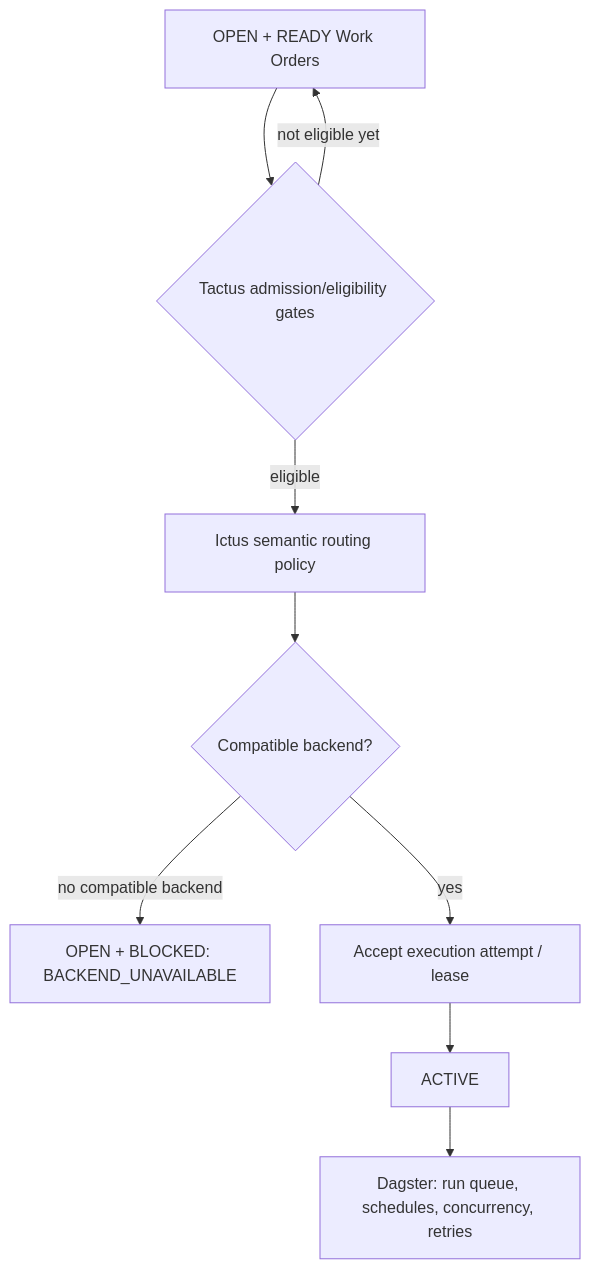
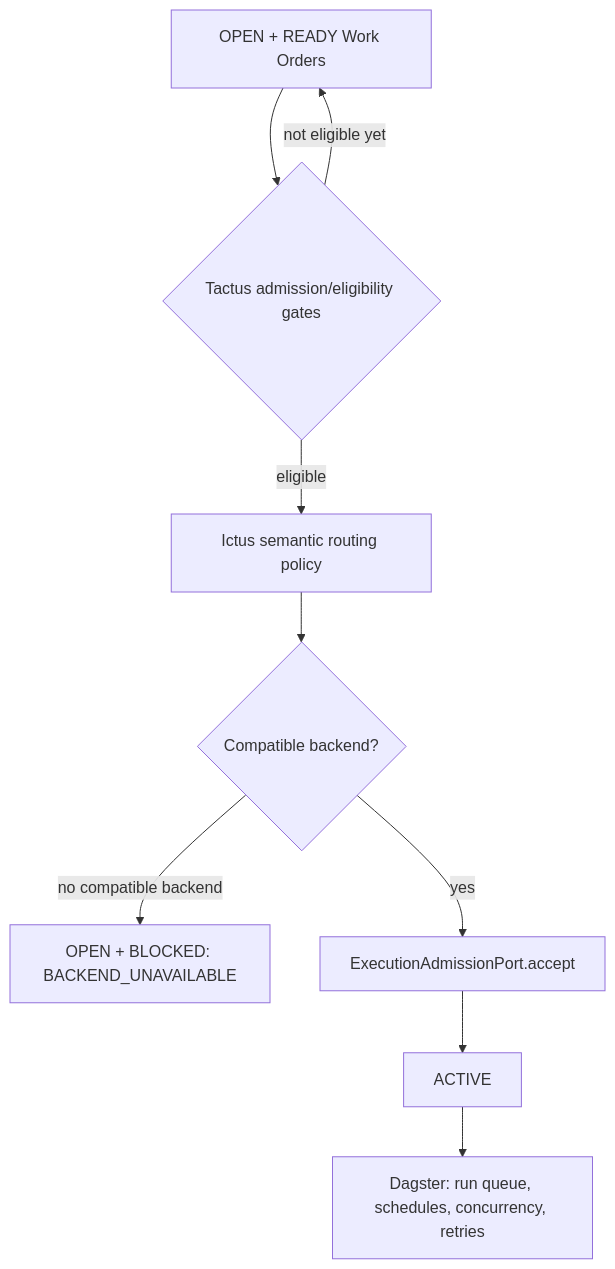
One commit to Walsamer/tactus changed the first of 2 diagrams in docs/architecture/SCHEDULING_AND_BACKENDS.md. Above: the diagram before and after it, drawn with Mermaid. The commit also changed other lines of this file and 7 other files, not shown here.

Commit message:
Fleet: FIX-002 — Domain admission / execution-request boundary (TCT-WO-FIX-002-domain-admission-boundary)

````diff
--- a/docs/architecture/SCHEDULING_AND_BACKENDS.md
+++ b/docs/architecture/SCHEDULING_AND_BACKENDS.md
@@ -76,11 +167,11 @@
 ```mermaid
 flowchart TD
     READY[OPEN + READY Work Orders] --> GATES{Tactus admission/eligibility gates}
     GATES -->|not eligible yet| READY
     GATES -->|eligible| ROUTE[Ictus semantic routing policy]
     ROUTE --> BH{Compatible backend?}
     BH -->|no compatible backend| BLOCKED[OPEN + BLOCKED: BACKEND_UNAVAILABLE]
-    BH -->|yes| CLAIM[Accept execution attempt / lease]
+    BH -->|yes| CLAIM[ExecutionAdmissionPort.accept]
     CLAIM --> ACTIVE[ACTIVE]
     ACTIVE --> DAGSTER[Dagster: run queue, schedules, concurrency, retries]
 ```
````
